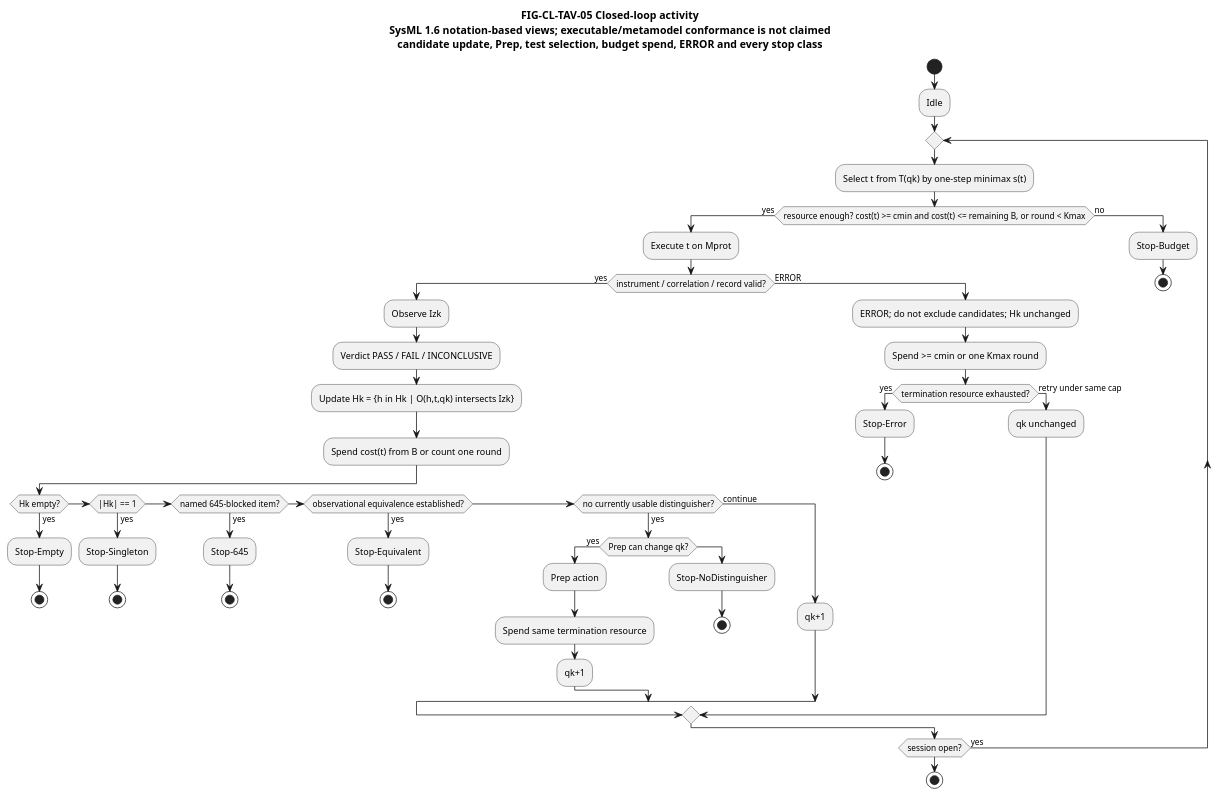
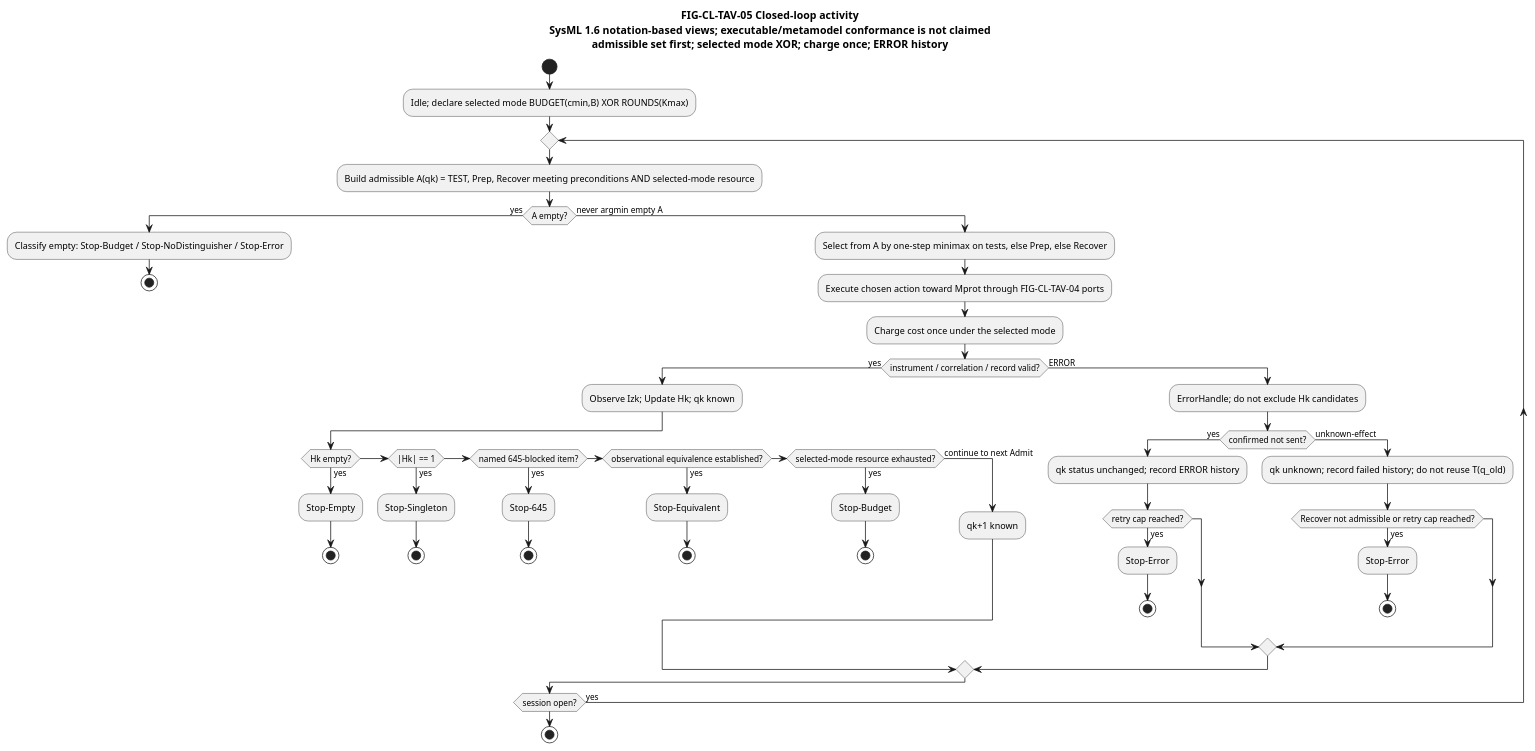
Before and after one commit to ZhangChi0727/arinc-615a-conformance: the diagram in docs/research/publication/models/FIG-CL-TAV-05-closed-loop-activity.puml, drawn with PlantUML. The commit also changed 8 other files, not shown here.

First line of the commit message:
docs: unify CL-TAV admission, ERROR history, and two-machine boundary

```diff
--- a/docs/research/publication/models/FIG-CL-TAV-05-closed-loop-activity.puml
+++ b/docs/research/publication/models/FIG-CL-TAV-05-closed-loop-activity.puml
@@ -1,56 +1,55 @@
 @startuml FIG-CL-TAV-05
 skinparam shadowing false
-title FIG-CL-TAV-05 Closed-loop activity\nSysML 1.6 notation-based views; executable/metamodel conformance is not claimed\ncandidate update, Prep, test selection, budget spend, ERROR and every stop class
+title FIG-CL-TAV-05 Closed-loop activity\nSysML 1.6 notation-based views; executable/metamodel conformance is not claimed\nadmissible set first; selected mode XOR; charge once; ERROR history
 
 start
-:Idle;
+:Idle; declare selected mode BUDGET(cmin,B) XOR ROUNDS(Kmax);
 repeat
-  :Select t from T(qk) by one-step minimax s(t);
-  if (resource enough? cost(t) >= cmin and cost(t) <= remaining B, or round < Kmax) then (yes)
-    :Execute t on Mprot;
+  :Build admissible A(qk) = TEST, Prep, Recover meeting preconditions AND selected-mode resource;
+  if (A empty?) then (yes)
+    :Classify empty: Stop-Budget / Stop-NoDistinguisher / Stop-Error;
+    stop
+  else (never argmin empty A)
+    :Select from A by one-step minimax on tests, else Prep, else Recover;
+    :Execute chosen action toward Mprot through FIG-CL-TAV-04 ports;
+    :Charge cost once under the selected mode;
     if (instrument / correlation / record valid?) then (yes)
-      :Observe Izk;
-      :Verdict PASS / FAIL / INCONCLUSIVE;
-      :Update Hk = {h in Hk | O(h,t,qk) intersects Izk};
-      :Spend cost(t) from B or count one round;
+      :Observe Izk; Update Hk; qk known;
       if (Hk empty?) then (yes)
         :Stop-Empty;
         stop
       elseif (|Hk| == 1) then (yes)
         :Stop-Singleton;
         stop
       elseif (named 645-blocked item?) then (yes)
         :Stop-645;
         stop
       elseif (observational equivalence established?) then (yes)
         :Stop-Equivalent;
         stop
-      elseif (no currently usable distinguisher?) then (yes)
-        if (Prep can change qk?) then (yes)
-          :Prep action;
-          :Spend same termination resource;
-          :qk+1;
-        else
-          :Stop-NoDistinguisher;
+      elseif (selected-mode resource exhausted?) then (yes)
+        :Stop-Budget;
+        stop
+      else (continue to next Admit)
+        :qk+1 known;
+      endif
+    else (ERROR)
+      :ErrorHandle; do not exclude Hk candidates;
+      if (confirmed not sent?) then (yes)
+        :qk status unchanged; record ERROR history;
+        if (retry cap reached?) then (yes)
+          :Stop-Error;
           stop
         endif
-      else (continue)
-        :qk+1;
-      endif
-    else (ERROR)
-      :ERROR; do not exclude candidates; Hk unchanged;
-      :Spend >= cmin or one Kmax round;
-      if (termination resource exhausted?) then (yes)
-        :Stop-Error;
-        stop
-      else (retry under same cap)
-        :qk unchanged;
+      else (unknown-effect)
+        :qk unknown; record failed history; do not reuse T(q_old);
+        if (Recover not admissible or retry cap reached?) then (yes)
+          :Stop-Error;
+          stop
+        endif
       endif
     endif
-  else (no)
-    :Stop-Budget;
-    stop
   endif
 repeat while (session open?) is (yes)
 stop
 @enduml
```
